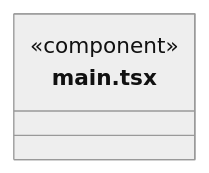
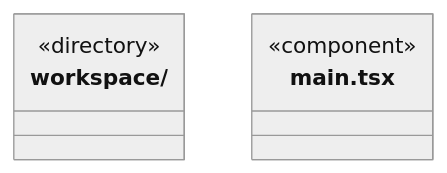
Before and after one commit to nan023062/cbim: the third of 3 diagrams in src/frontend/ARCHITECTURE.md, drawn with Mermaid (neutral theme). The commit also changed other lines of this file and 42 other files, not shown here.

````diff
--- a/src/frontend/ARCHITECTURE.md
+++ b/src/frontend/ARCHITECTURE.md
@@ -71,6 +71,9 @@
 ```mermaid
 classDiagram
+class N_src_frontend_workspace["workspace/"] {
+  <<directory>>
+}
 class N_src_frontend_main_tsx["main.tsx"] {
   <<component>>
 }
 ```
````
